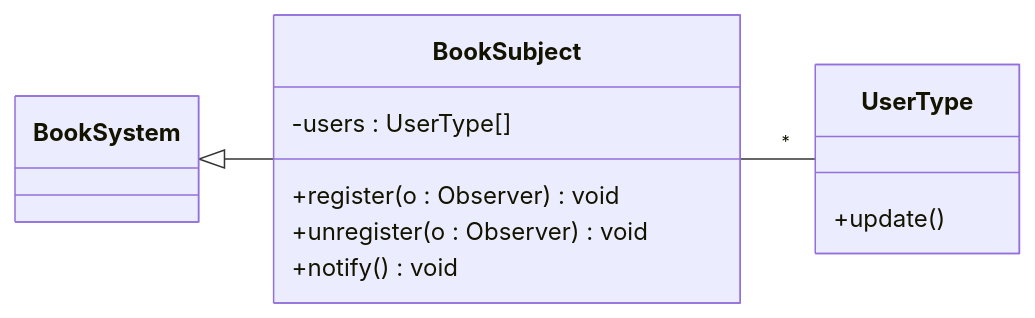
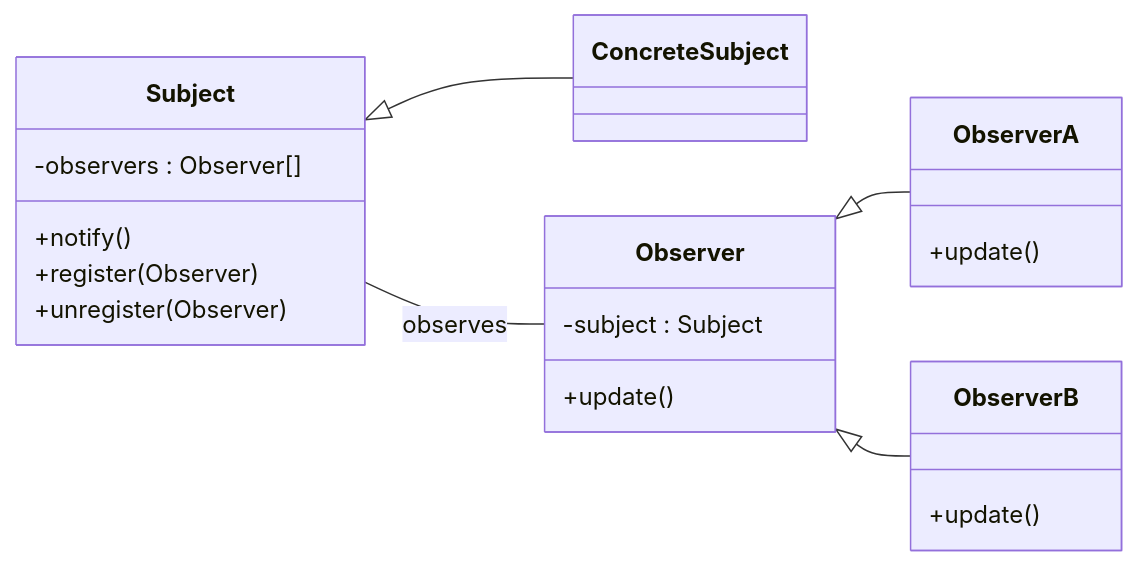
Before and after one commit to hanggrian/IIT-CS586: the third of 13 diagrams in oo_design_patterns.md, drawn with Mermaid. The commit also changed other lines of this file and 13 other files, not shown here.

````diff
--- a/oo_design_patterns.md
+++ b/oo_design_patterns.md
@@ -52,15 +54,25 @@
 ```mermaid
 classDiagram
   direction LR
-  class BookSubject {
-    -users : UserType[]
-    +register(o : Observer) void
-    +unregister(o : Observer) void
-    +notify() void
+  class Subject {
+    -observers : Observer[]
+    +notify()
+    +register(Observer)
+    +unregister(Observer)
   }
-  class UserType {
+  Subject <|-- ConcreteSubject
+
+  class Observer {
+    -subject : Subject
     +update()
   }
-  BookSystem <|-- BookSubject
-  BookSubject -- "*" UserType
+  class ObserverA {
+    +update()
+  }
+  class ObserverB {
+    +update()
+  }
+  Subject -- Observer : observes
+  Observer <|-- ObserverA
+  Observer <|-- ObserverB
 ```
````
